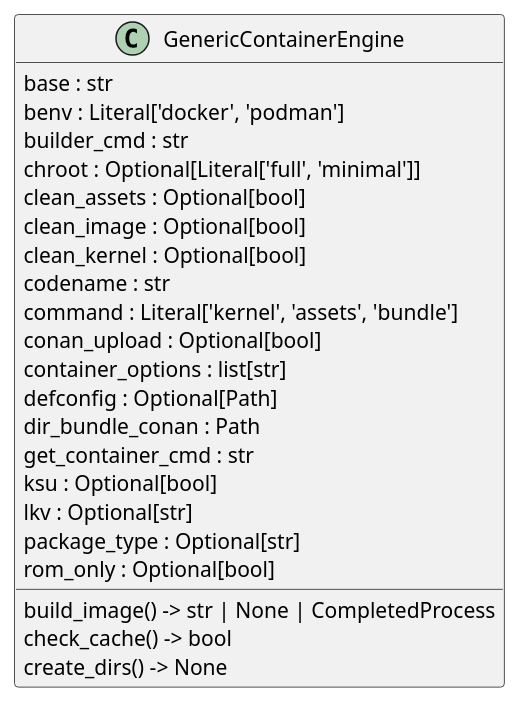
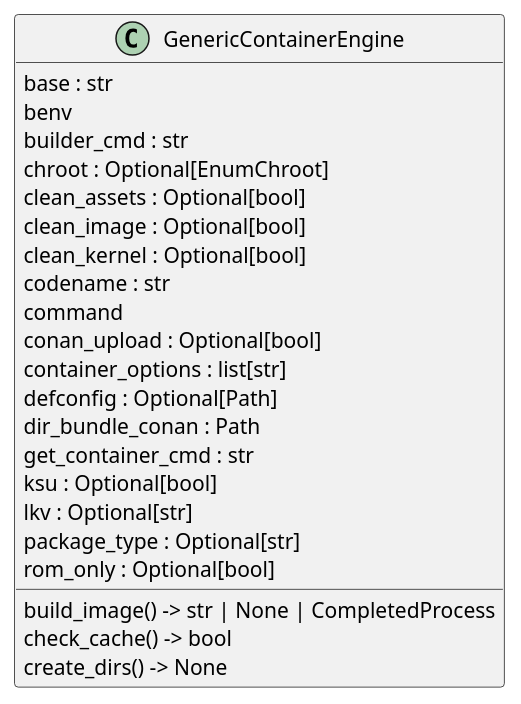
One commit to seppzer0/zero-kernel changed the diagram in docs/architecture/engines/classes.puml. Above: the diagram before and after it, drawn with PlantUML. The commit also changed 37 other files, not shown here.

```diff
--- a/docs/architecture/engines/classes.puml
+++ b/docs/architecture/engines/classes.puml
@@ -1,26 +1,26 @@
 @startuml classes
 set namespaceSeparator none
 class "GenericContainerEngine" as engines.generic_container.GenericContainerEngine {
   base : str
-  benv : Literal['docker', 'podman']
+  benv
   builder_cmd : str
-  chroot : Optional[Literal['full', 'minimal']]
+  chroot : Optional[EnumChroot]
   clean_assets : Optional[bool]
   clean_image : Optional[bool]
   clean_kernel : Optional[bool]
   codename : str
-  command : Literal['kernel', 'assets', 'bundle']
+  command
   conan_upload : Optional[bool]
   container_options : list[str]
   defconfig : Optional[Path]
   dir_bundle_conan : Path
   get_container_cmd : str
   ksu : Optional[bool]
   lkv : Optional[str]
   package_type : Optional[str]
   rom_only : Optional[bool]
   build_image() -> str | None | CompletedProcess
   check_cache() -> bool
   create_dirs() -> None
 }
 @enduml
```
